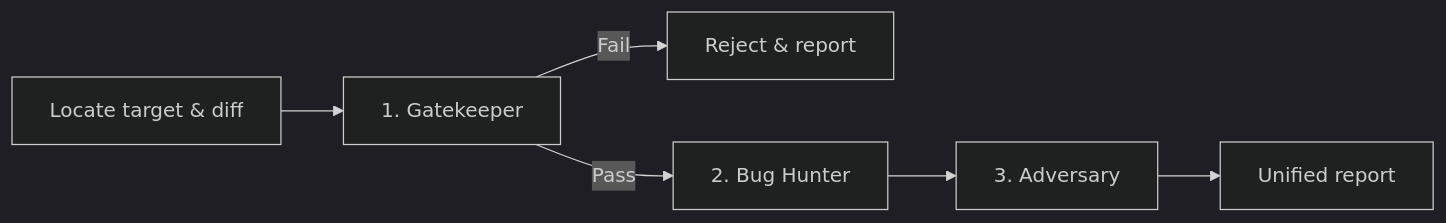
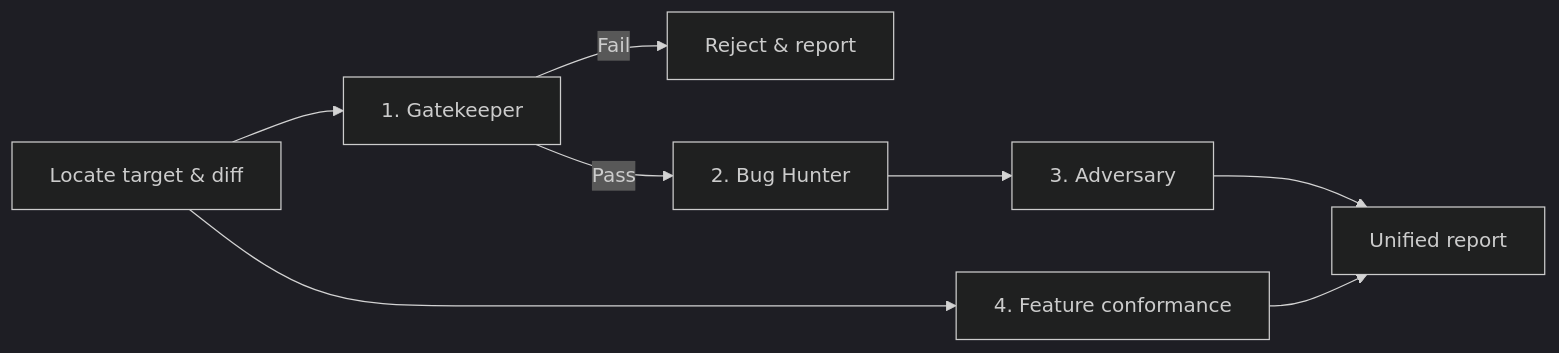
One commit to jiva-studio/numen changed the diagram in .agents/skills/nm-review/SKILL.md. Above: the diagram before and after it, drawn with Mermaid (dark theme). The commit also changed other lines of this file and 1 other file, not shown here.

First line of the commit message:
Add the feature conformance angle to nm-review

````diff
--- a/.agents/skills/nm-review/SKILL.md
+++ b/.agents/skills/nm-review/SKILL.md
@@ -12,8 +12,10 @@
 ```mermaid
 flowchart LR
     Target["Locate target & diff"] --> Stage1["1. Gatekeeper"]
     Stage1 -->|"Fail"| EarlyExit["Reject & report"]
     Stage1 -->|"Pass"| Stage2["2. Bug Hunter"]
     Stage2 --> Stage3["3. Adversary"]
     Stage3 --> Report["Unified report"]
+    Target --> Conformance["4. Feature conformance"]
+    Conformance --> Report
 ```
````
